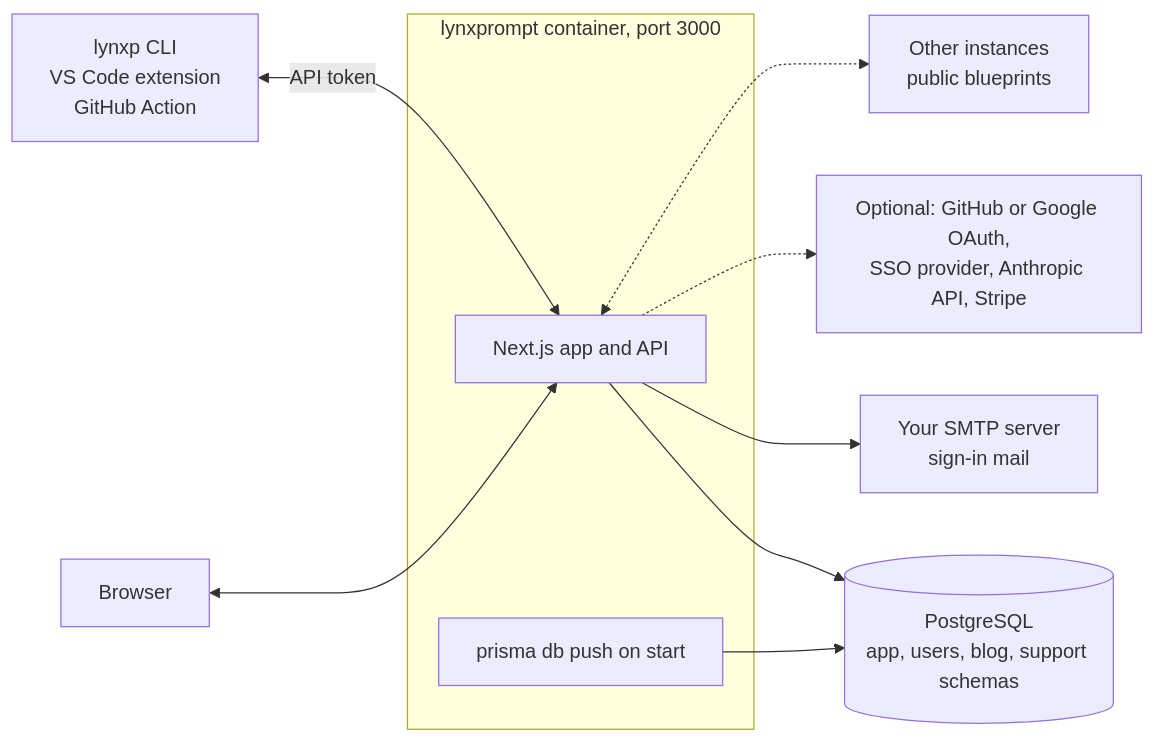
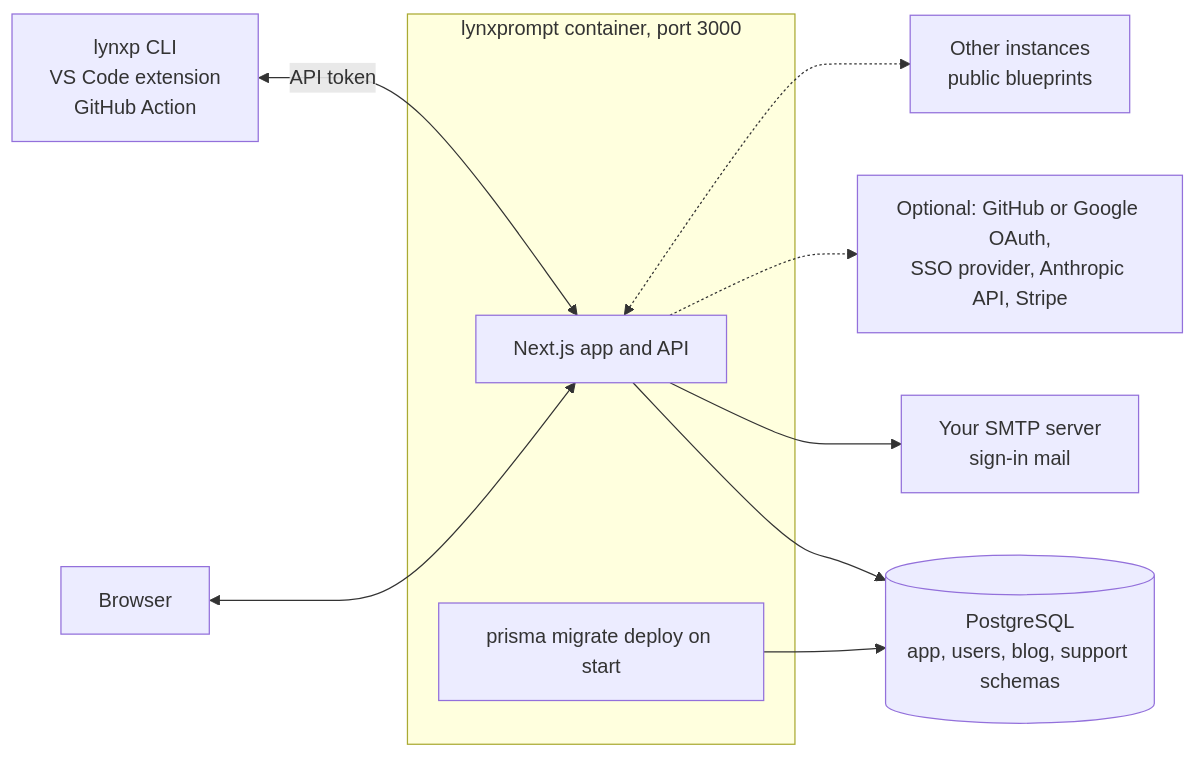
One commit to GeiserX/LynxPrompt changed the diagram in docs/index.md. Above: the diagram before and after it, drawn with Mermaid. The commit also changed other lines of this file and 21 other files, not shown here.

````diff
--- a/docs/index.md
+++ b/docs/index.md
@@ -87,21 +87,21 @@
 ```mermaid
 flowchart LR
     BR[Browser]
     CLI[lynxp CLI<br/>VS Code extension<br/>GitHub Action]
     subgraph app [lynxprompt container, port 3000]
         WEB[Next.js app and API]
-        MIG[prisma db push on start]
+        MIG[prisma migrate deploy on start]
     end
     DB[(PostgreSQL<br/>app, users, blog, support schemas)]
     SMTP[Your SMTP server<br/>sign-in mail]
     OPT[Optional: GitHub or Google OAuth,<br/>SSO provider, Anthropic API, Stripe]
     FED[Other instances<br/>public blueprints]
 
     BR <--> WEB
     CLI <-->|API token| WEB
     WEB --> DB
     MIG --> DB
     WEB --> SMTP
     WEB -.-> OPT
     WEB <-.-> FED
 ```
````
